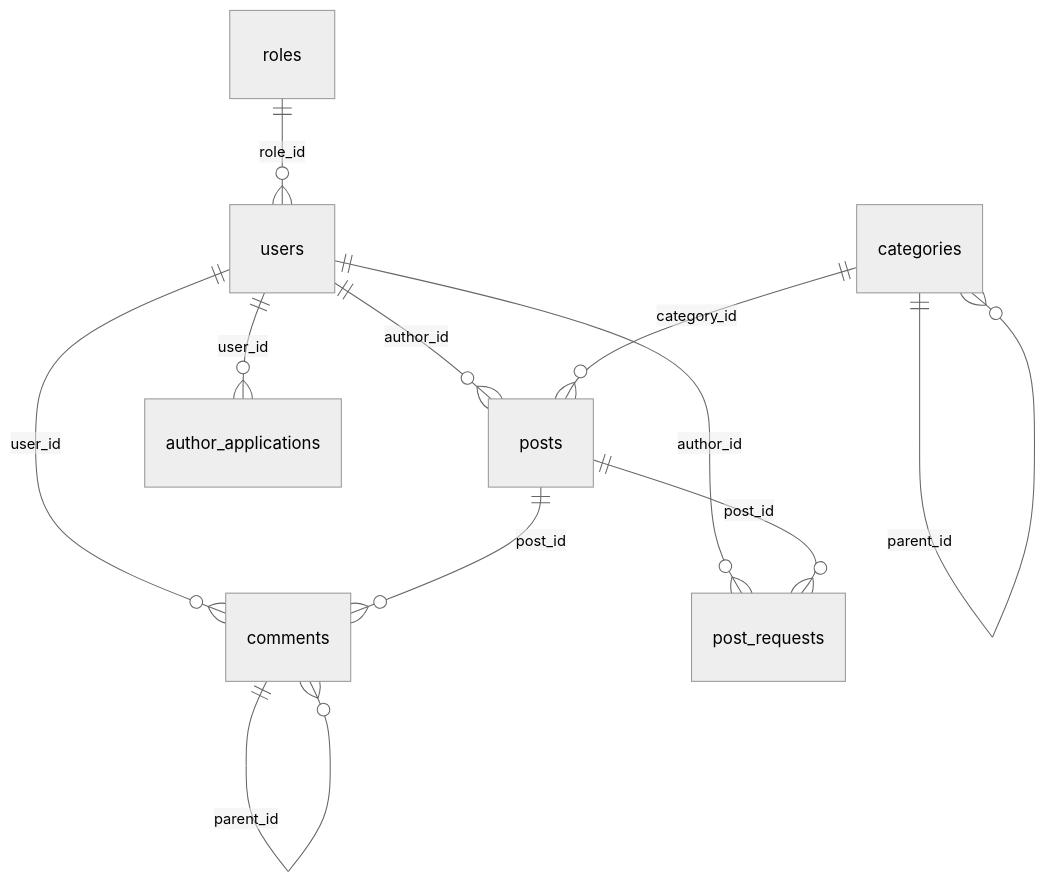
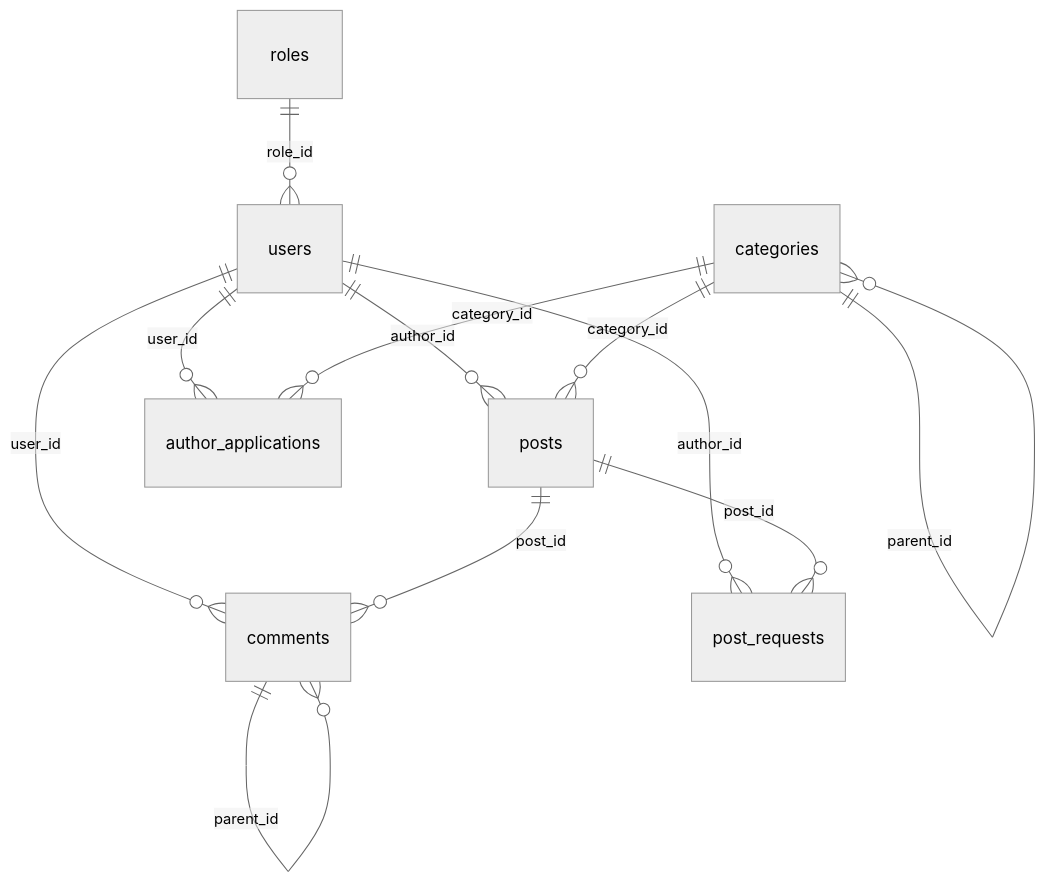
Before and after one commit to Xu4nNh4n/newshub-laravel: the diagram in README.md, drawn with Mermaid (neutral theme). The commit also changed other lines of this file, not shown here.

````diff
--- a/README.md
+++ b/README.md
@@ -144,16 +180,14 @@
 ```mermaid
 erDiagram
     roles ||--o{ users : "role_id"
     users ||--o{ posts : "author_id"
     users ||--o{ comments : "user_id"
     users ||--o{ author_applications : "user_id"
     users ||--o{ post_requests : "author_id"
-    
     categories ||--o{ categories : "parent_id"
     categories ||--o{ posts : "category_id"
-    
+    categories ||--o{ author_applications : "category_id"
     posts ||--o{ comments : "post_id"
     posts ||--o{ post_requests : "post_id"
-    
     comments ||--o{ comments : "parent_id"
 ```
````
